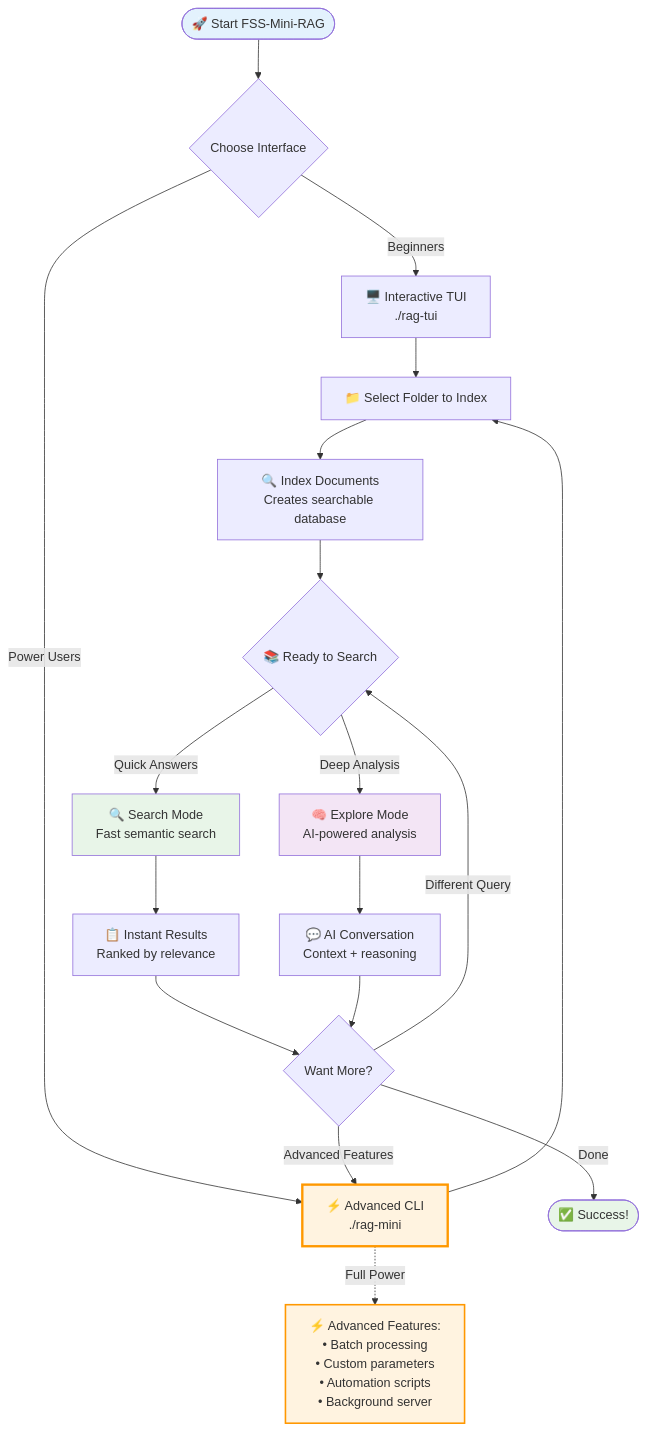
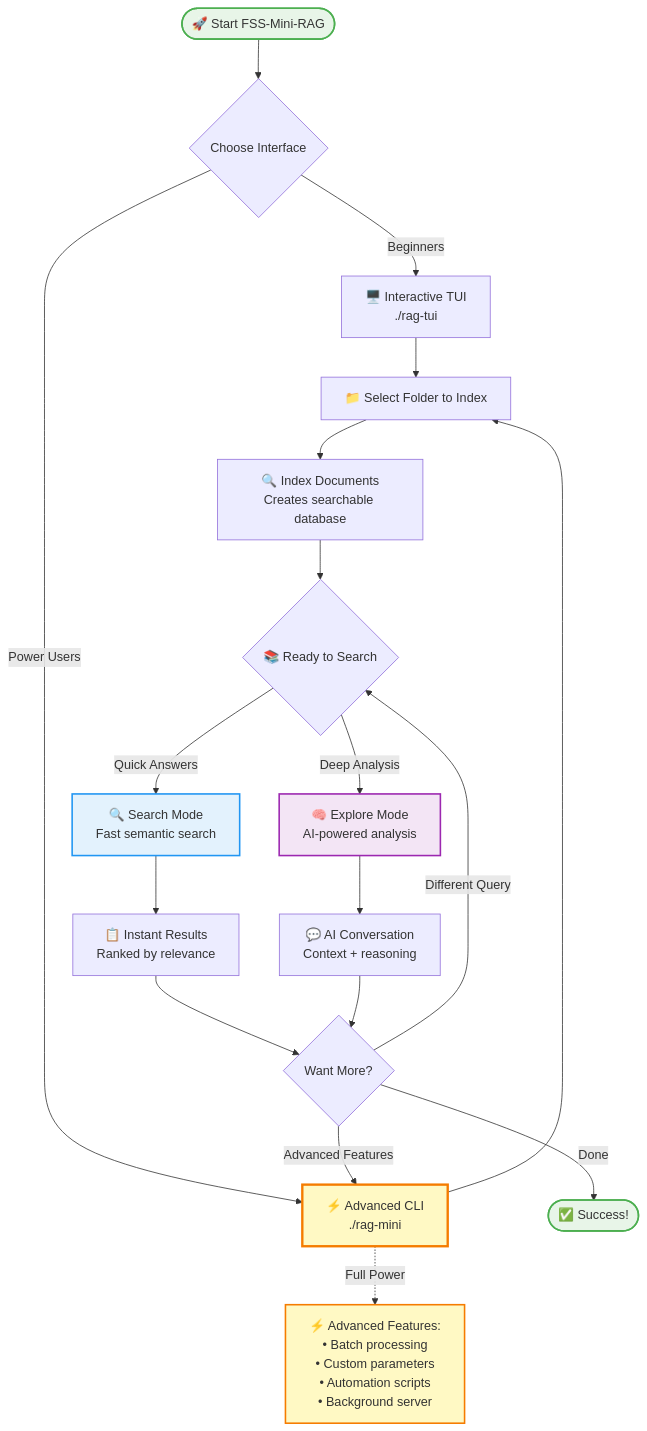
Before and after one commit to FSSCoding/Fss-Mini-Rag: the diagram in README.md, drawn with Mermaid.

Commit message:
Improve diagram colors for better readability
- Use cohesive, pleasant color palette with proper contrast
- Add subtle borders to define elements clearly
- Green for start/success states
- Warm yellow for CLI emphasis (less harsh than orange)
- Blue for search mode, purple for explore mode
- All colors chosen for accessibility and visual appeal

````diff
--- a/README.md
+++ b/README.md
@@ -14,36 +14,36 @@
 ```mermaid
 flowchart TD
     Start([🚀 Start FSS-Mini-RAG]) --> Interface{Choose Interface}
     
     Interface -->|Beginners| TUI[🖥️ Interactive TUI<br/>./rag-tui]
     Interface -->|Power Users| CLI[⚡ Advanced CLI<br/>./rag-mini <command>]
     
     TUI --> SelectFolder[📁 Select Folder to Index]
     CLI --> SelectFolder
     
     SelectFolder --> Index[🔍 Index Documents<br/>Creates searchable database]
     
     Index --> Ready{📚 Ready to Search}
     
     Ready -->|Quick Answers| Search[🔍 Search Mode<br/>Fast semantic search]
     Ready -->|Deep Analysis| Explore[🧠 Explore Mode<br/>AI-powered analysis]
     
     Search --> SearchResults[📋 Instant Results<br/>Ranked by relevance]
     Explore --> ExploreResults[💬 AI Conversation<br/>Context + reasoning]
     
     SearchResults --> More{Want More?}
     ExploreResults --> More
     
     More -->|Different Query| Ready
     More -->|Advanced Features| CLI
     More -->|Done| End([✅ Success!])
     
     CLI -.->|Full Power| AdvancedFeatures[⚡ Advanced Features:<br/>• Batch processing<br/>• Custom parameters<br/>• Automation scripts<br/>• Background server]
     
-    style Start fill:#e3f2fd
-    style CLI fill:#fff3e0,stroke:#ff9800,stroke-width:3px
-    style AdvancedFeatures fill:#fff3e0,stroke:#ff9800,stroke-width:2px
-    style Search fill:#e8f5e8
-    style Explore fill:#f3e5f5
-    style End fill:#e8f5e8
+    style Start fill:#e8f5e8,stroke:#4caf50,stroke-width:2px
+    style CLI fill:#fff9c4,stroke:#f57c00,stroke-width:3px
+    style AdvancedFeatures fill:#fff9c4,stroke:#f57c00,stroke-width:2px
+    style Search fill:#e3f2fd,stroke:#2196f3,stroke-width:2px
+    style Explore fill:#f3e5f5,stroke:#9c27b0,stroke-width:2px
+    style End fill:#e8f5e8,stroke:#4caf50,stroke-width:2px
 ```
````
